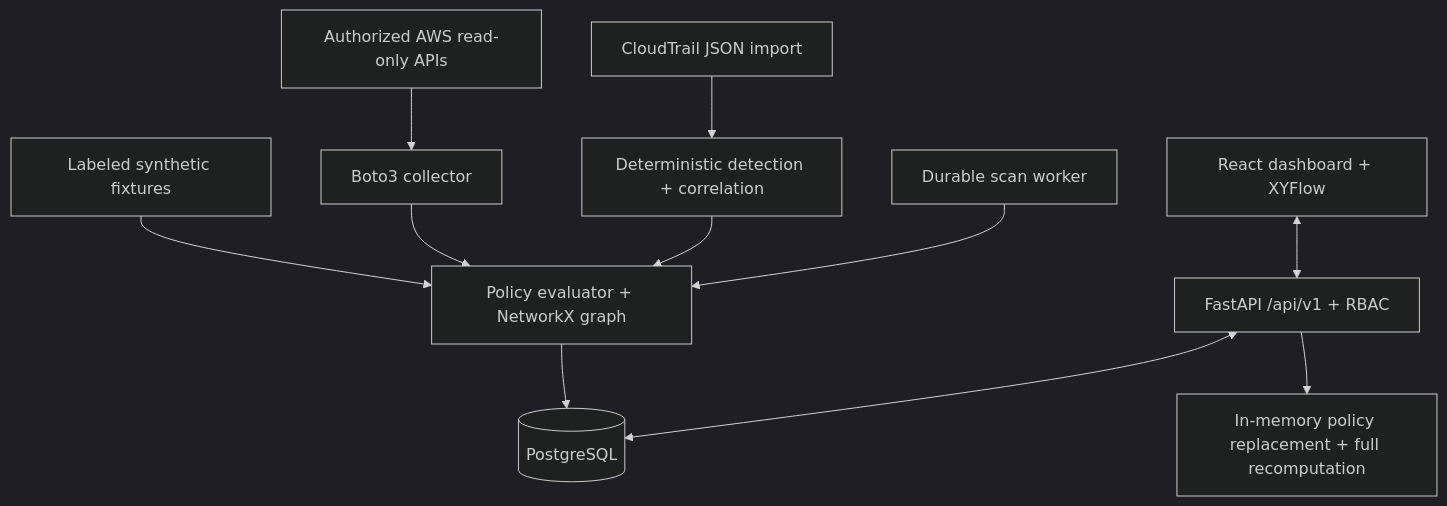
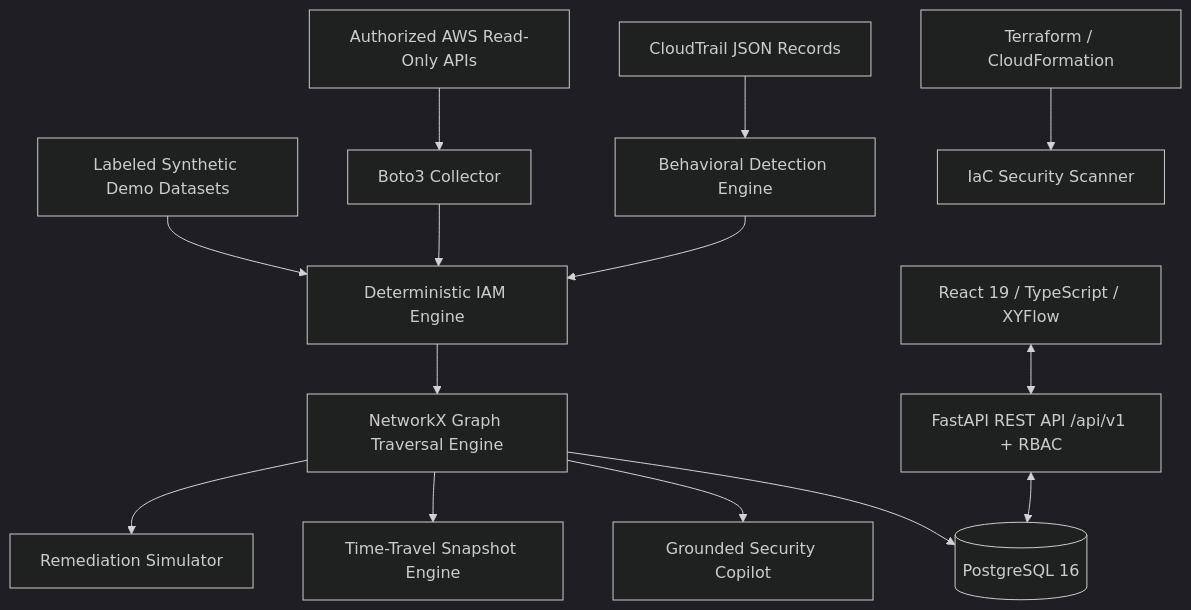
Before and after one commit to PrathamShah1210/CloudPathX: the diagram in README.md, drawn with Mermaid (dark theme). The commit also changed other lines of this file and 15 other files, not shown here.

Commit message:
feat(v2.0): enterprise CNAPP upgrade with attack path intelligence, copilot, iac scanner, and evidence drawer

````diff
--- a/README.md
+++ b/README.md
@@ -33,13 +80,18 @@
 ```mermaid
 flowchart TD
-  AWS[Authorized AWS read-only APIs] --> Collector[Boto3 collector]
-  Demo[Labeled synthetic fixtures] --> Engine[Policy evaluator + NetworkX graph]
+  AWS[Authorized AWS Read-Only APIs] --> Collector[Boto3 Collector]
+  Demo[Labeled Synthetic Demo Datasets] --> Engine[Deterministic IAM Engine]
   Collector --> Engine
-  Trail[CloudTrail JSON import] --> Rules[Deterministic detection + correlation]
+  Trail[CloudTrail JSON Records] --> Rules[Behavioral Detection Engine]
   Rules --> Engine
-  Engine --> DB[(PostgreSQL)]
-  Worker[Durable scan worker] --> Engine
-  API[FastAPI /api/v1 + RBAC] <--> DB
-  UI[React dashboard + XYFlow] <--> API
-  API --> Sim[In-memory policy replacement + full recomputation]
+  IaC[Terraform / CloudFormation] --> IaCScanner[IaC Security Scanner]
+  
+  Engine --> Graph[NetworkX Graph Traversal Engine]
+  Graph --> RemSim[Remediation Simulator]
+  Graph --> Snapshots[Time-Travel Snapshot Engine]
+  Graph --> Copilot[Grounded Security Copilot]
+  
+  Graph --> DB[(PostgreSQL 16)]
+  API[FastAPI REST API /api/v1 + RBAC] <--> DB
+  UI[React 19 / TypeScript / XYFlow] <--> API
 ```
````
